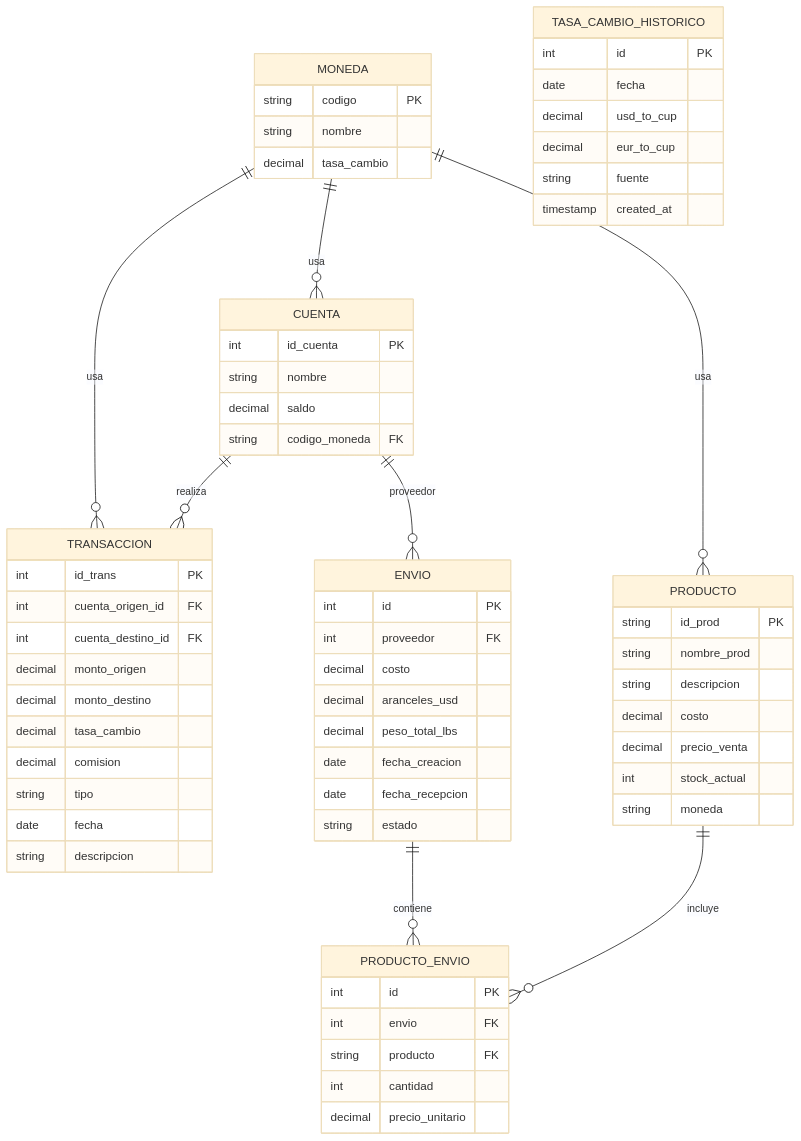
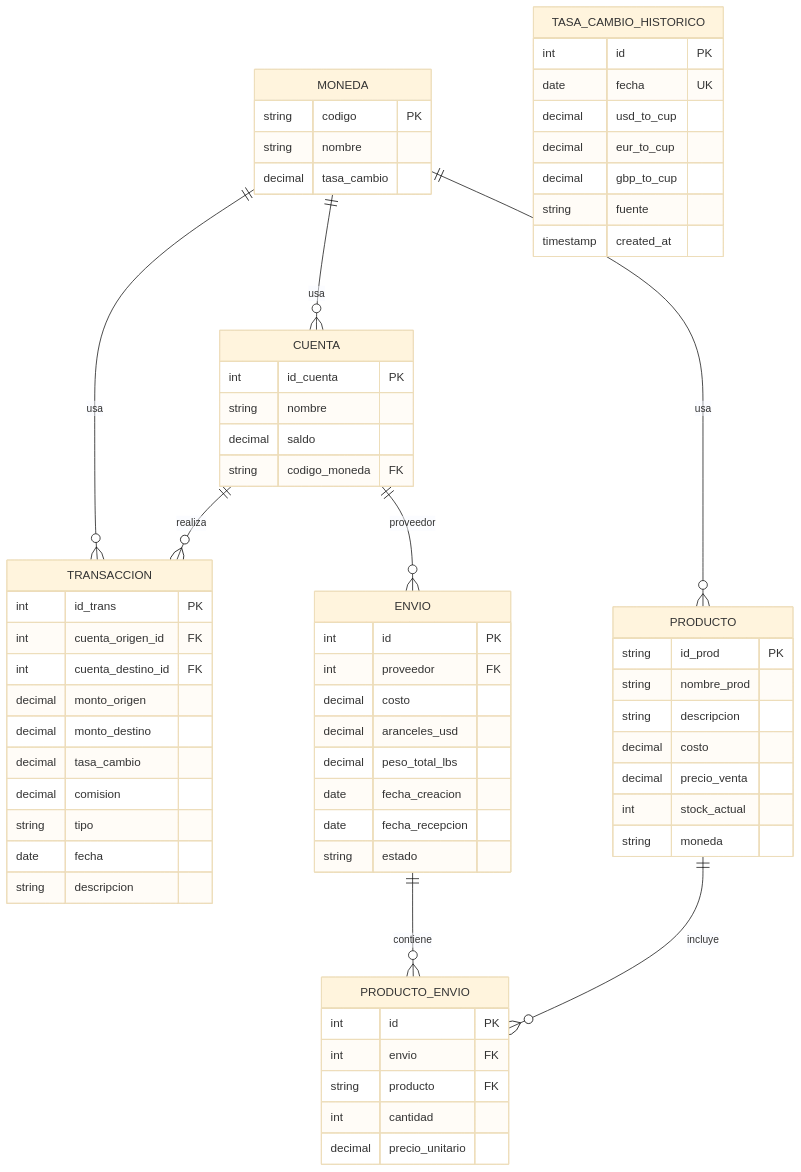
One commit to jonahsimonxx/mi-app-ventas changed the diagram in CONTEXT.md. Above: the diagram before and after it, drawn with Mermaid (base theme). The commit also changed other lines of this file, not shown here.

````diff
--- a/CONTEXT.md
+++ b/CONTEXT.md
@@ -33,74 +33,75 @@
 ```mermaid
 erDiagram
     CUENTA ||--o{ TRANSACCION : realiza
     CUENTA ||--o{ ENVIO : proveedor
     PRODUCTO ||--o{ PRODUCTO_ENVIO : incluye
     ENVIO ||--o{ PRODUCTO_ENVIO : contiene
     MONEDA ||--o{ CUENTA : usa
     MONEDA ||--o{ PRODUCTO : usa
     MONEDA ||--o{ TRANSACCION : usa
 
     CUENTA {
         int id_cuenta PK
         string nombre
         decimal saldo
         string codigo_moneda FK
     }
 
     MONEDA {
         string codigo PK
         string nombre
         decimal tasa_cambio
     }
 
     PRODUCTO {
         string id_prod PK
         string nombre_prod
         string descripcion
         decimal costo
         decimal precio_venta
         int stock_actual
         string moneda
     }
 
     ENVIO {
         int id PK
         int proveedor FK
         decimal costo
         decimal aranceles_usd
         decimal peso_total_lbs
         date fecha_creacion
         date fecha_recepcion
         string estado
     }
 
     PRODUCTO_ENVIO {
         int id PK
         int envio FK
         string producto FK
         int cantidad
         decimal precio_unitario
     }
 
     TRANSACCION {
         int id_trans PK
         int cuenta_origen_id FK
         int cuenta_destino_id FK
         decimal monto_origen
         decimal monto_destino
         decimal tasa_cambio
         decimal comision
         string tipo
         date fecha
         string descripcion
     }
 
     TASA_CAMBIO_HISTORICO {
         int id PK
-        date fecha
+        date fecha UK
         decimal usd_to_cup
         decimal eur_to_cup
+        decimal gbp_to_cup
         string fuente
         timestamp created_at
     }
 ```
````
